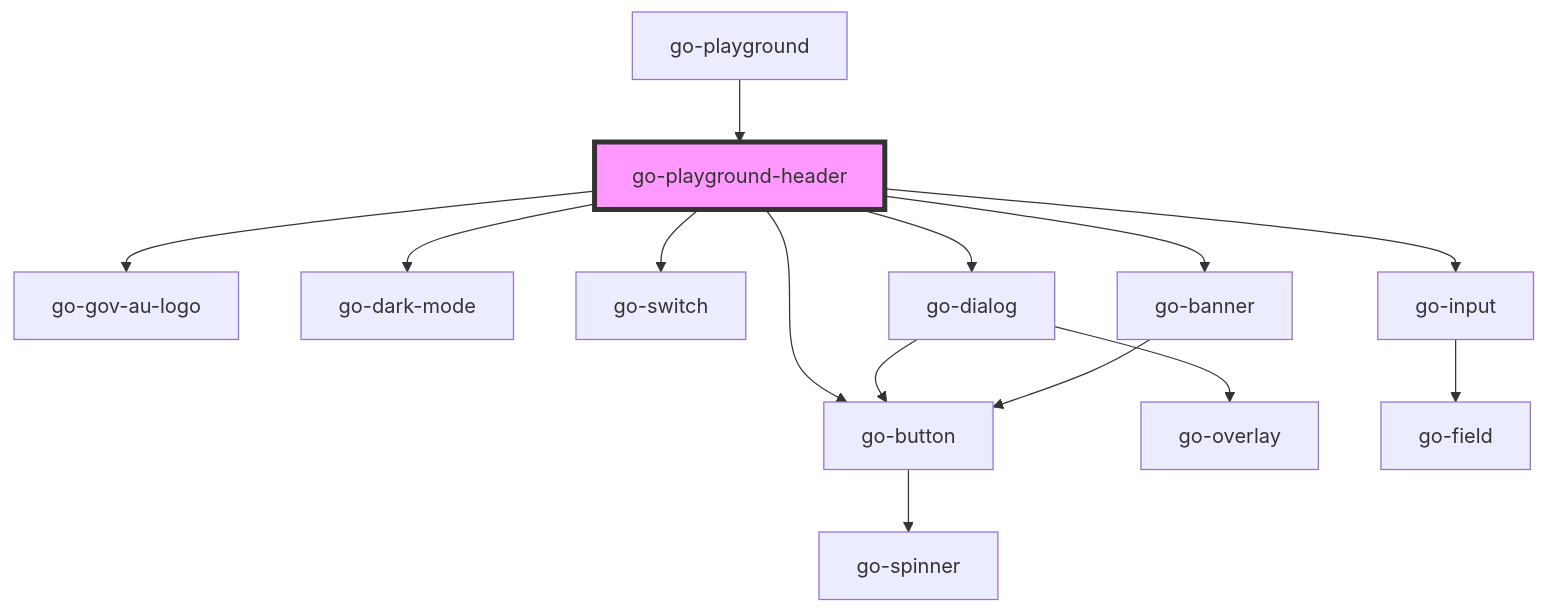
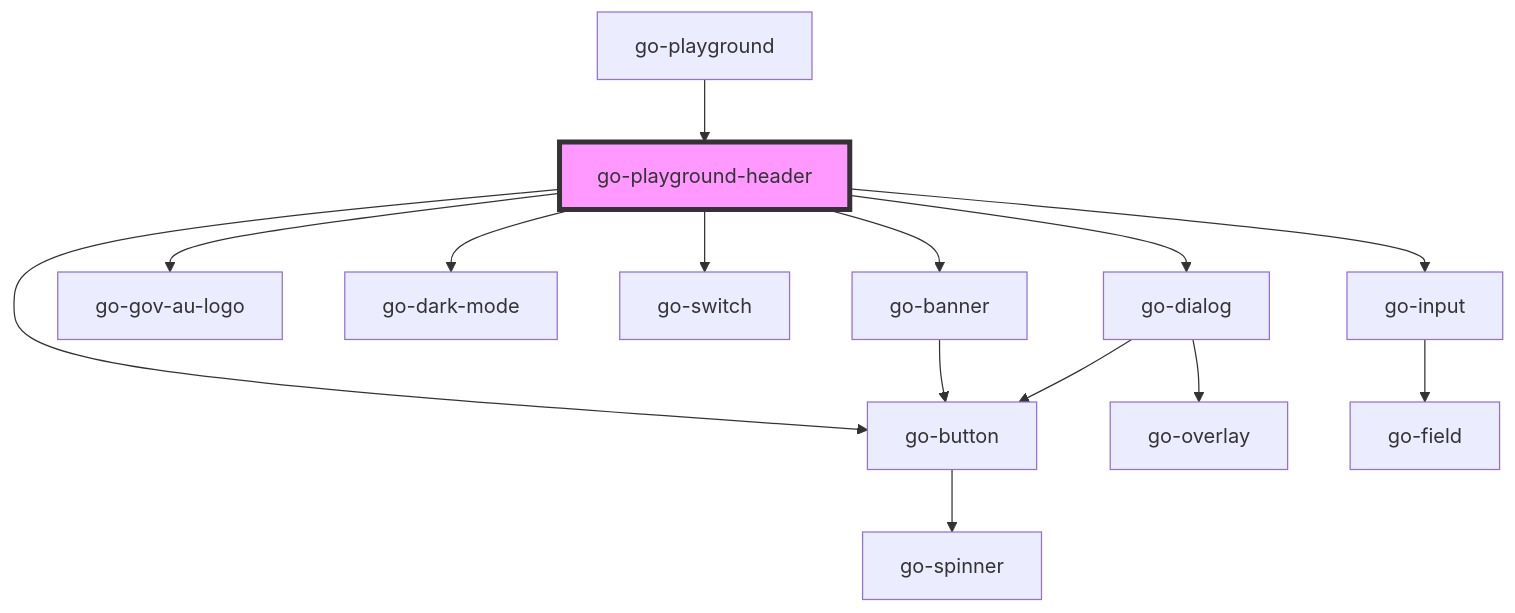
The diagram in src/components/go-playground/readme.md (getgoui/demo-frame), drawn with Mermaid before and after one commit. The commit also changed other lines of this file and 3 other files, not shown here.

````diff
--- a/src/components/go-playground/readme.md
+++ b/src/components/go-playground/readme.md
@@ -39,17 +39,17 @@
 ```mermaid
 graph TD;
+  go-playground-header --> go-banner
   go-playground-header --> go-gov-au-logo
   go-playground-header --> go-dark-mode
   go-playground-header --> go-switch
   go-playground-header --> go-button
   go-playground-header --> go-dialog
   go-playground-header --> go-input
-  go-playground-header --> go-banner
+  go-banner --> go-button
   go-button --> go-spinner
   go-dialog --> go-overlay
   go-dialog --> go-button
   go-input --> go-field
-  go-banner --> go-button
   go-playground --> go-playground-header
   style go-playground-header fill:#f9f,stroke:#333,stroke-width:4px
 ```
````
